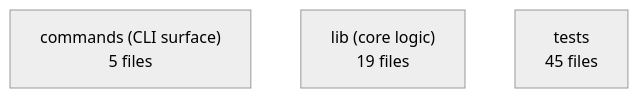
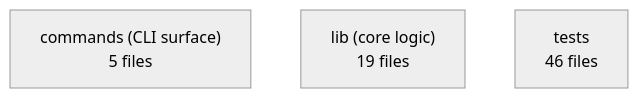
Before and after one commit to przeprogramowani/10x-cli: the diagram in context/map/repo-map.md, drawn with Mermaid (neutral theme). The commit also changed other lines of this file and 4 other files, not shown here.

````diff
--- a/context/map/repo-map.md
+++ b/context/map/repo-map.md
@@ -18,6 +18,6 @@
 ```mermaid
 graph TD
   commands["commands (CLI surface)<br/>5 files"]
   lib["lib (core logic)<br/>19 files"]
-  tests["tests<br/>45 files"]
+  tests["tests<br/>46 files"]
 ```
````
